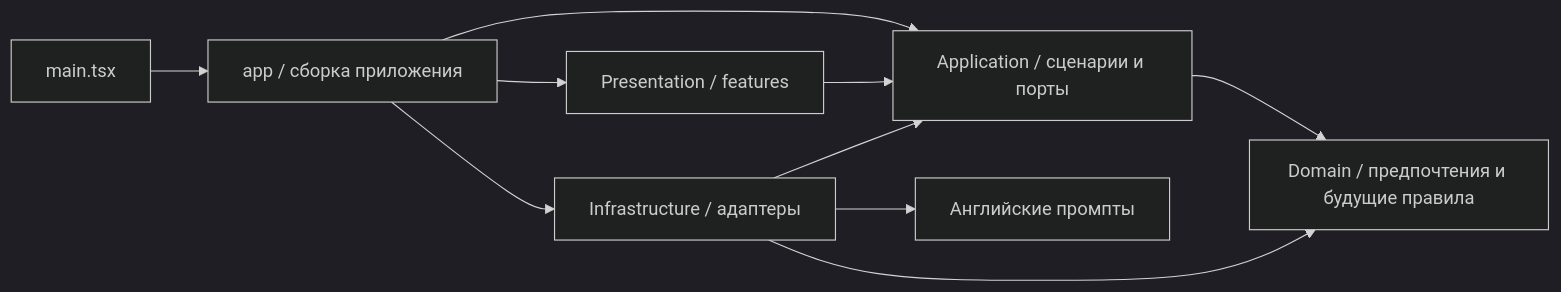
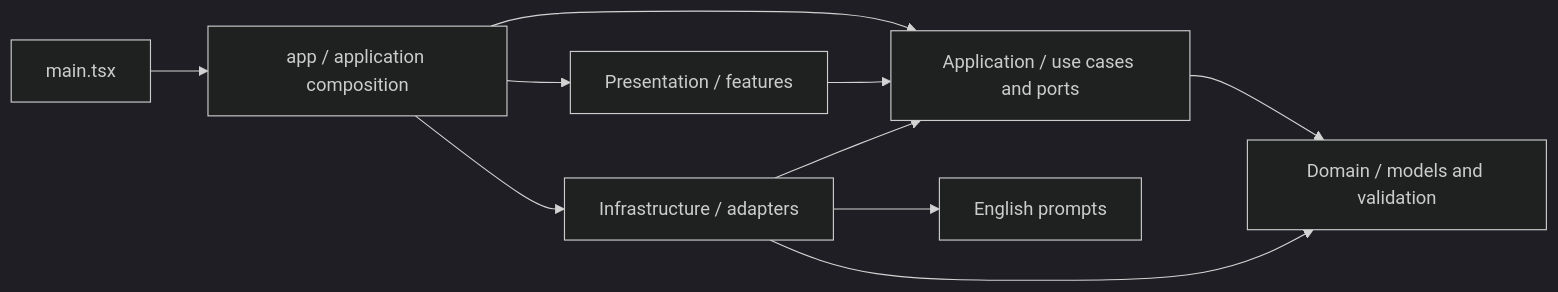
Before and after one commit to serssp/vibe: the diagram in docs/architecture.md, drawn with Mermaid (dark theme). The commit also changed other lines of this file and 68 other files, not shown here.

````diff
--- a/docs/architecture.md
+++ b/docs/architecture.md
@@ -13,12 +13,12 @@
 ```mermaid
 flowchart LR
-  Bootstrap[main.tsx] --> App[app / сборка приложения]
+  Bootstrap[main.tsx] --> App[app / application composition]
   App --> UI[Presentation / features]
-  App --> Infra[Infrastructure / адаптеры]
-  App --> Application[Application / сценарии и порты]
+  App --> Infra[Infrastructure / adapters]
+  App --> Application[Application / use cases and ports]
   UI --> Application
-  Application --> Domain[Domain / предпочтения и будущие правила]
+  Application --> Domain[Domain / models and validation]
   Infra --> Application
   Infra --> Domain
-  Infra --> Prompts[Английские промпты]
+  Infra --> Prompts[English prompts]
 ```
````
